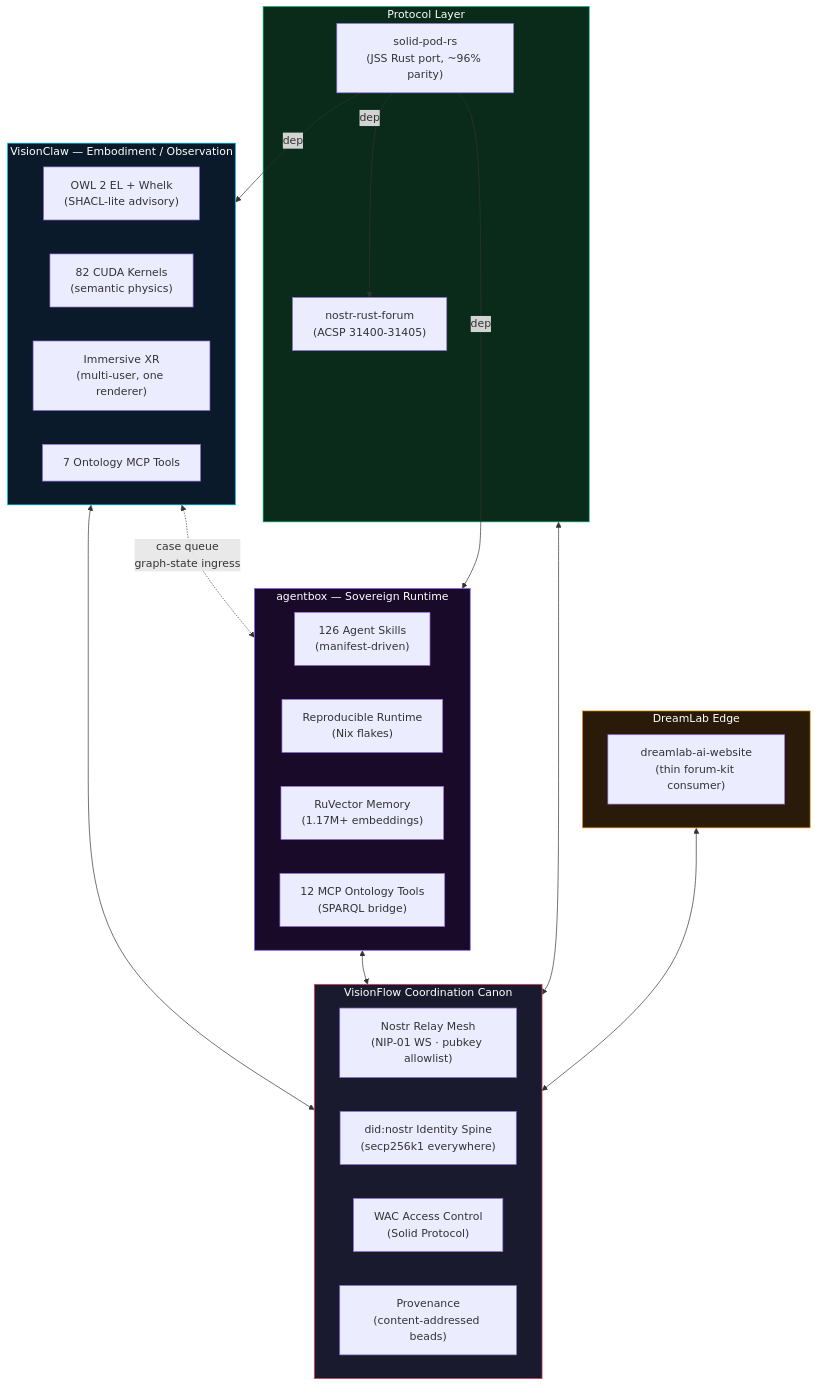
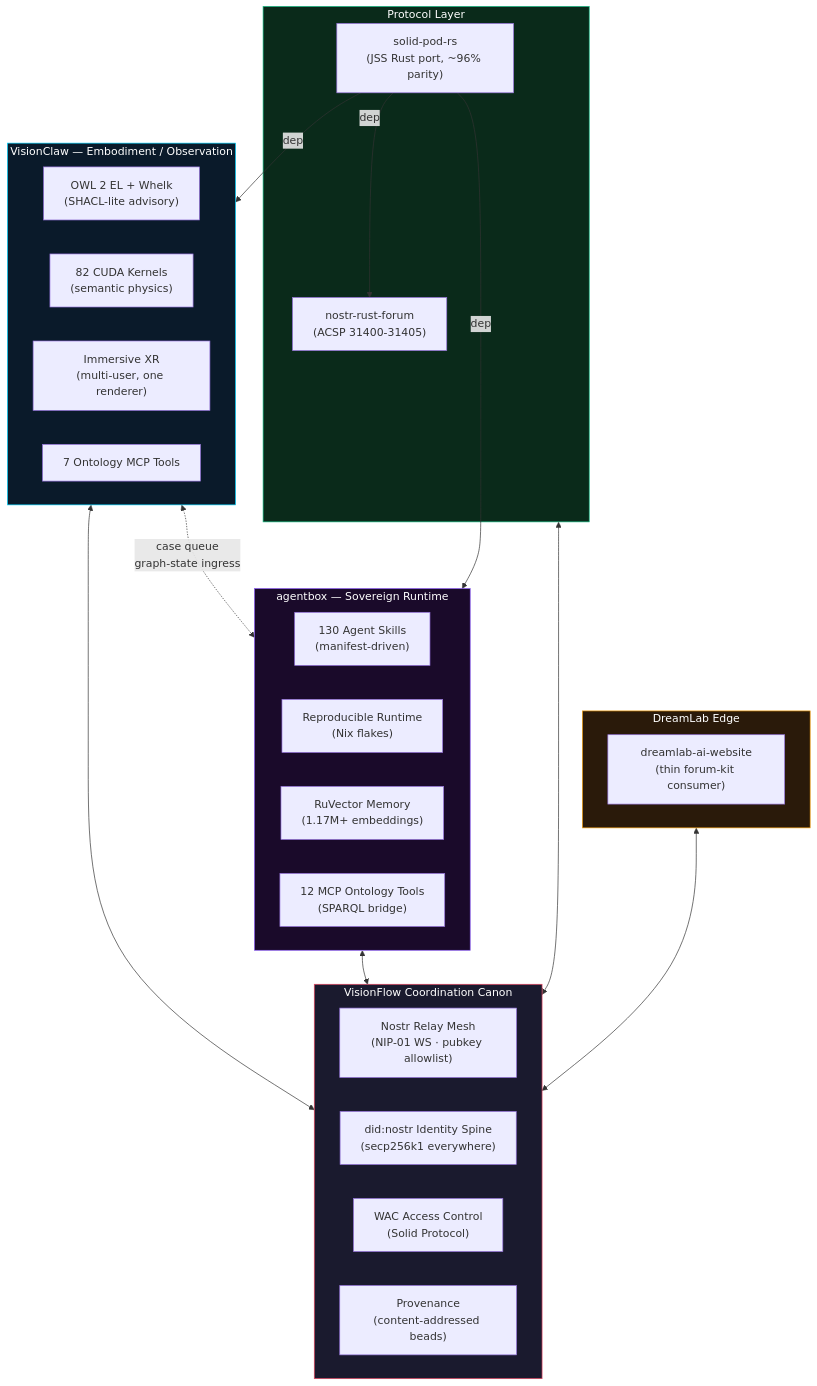
The diagram in README.md (DreamLab-AI/VisionFlow), drawn with Mermaid before and after one commit. The commit also changed other lines of this file and 39 other files, not shown here.

````diff
--- a/README.md
+++ b/README.md
@@ -136,49 +136,49 @@
 ```mermaid
 flowchart TB
     subgraph VF["VisionFlow Coordination Canon"]
         direction LR
         MESH["Nostr Relay Mesh\n(NIP-01 WS · pubkey allowlist)"]
         DID["did:nostr Identity Spine\n(secp256k1 everywhere)"]
         WAC["WAC Access Control\n(Solid Protocol)"]
         PROV["Provenance\n(content-addressed beads)"]
     end
 
     subgraph VC["VisionClaw — Embodiment / Observation"]
         OWL["OWL 2 EL + Whelk\n(SHACL-lite advisory)"]
         GPU["82 CUDA Kernels\n(semantic physics)"]
         XR["Immersive XR\n(multi-user, one renderer)"]
         MCP_VC["7 Ontology MCP Tools"]
     end
 
     subgraph AB["agentbox — Sovereign Runtime"]
-        AGENTS["126 Agent Skills\n(manifest-driven)"]
+        AGENTS["130 Agent Skills\n(manifest-driven)"]
         NIX["Reproducible Runtime\n(Nix flakes)"]
         MEM["RuVector Memory\n(1.17M+ embeddings)"]
         BRIDGE["12 MCP Ontology Tools\n(SPARQL bridge)"]
     end
 
     subgraph PROTO["Protocol Layer"]
         SPR["solid-pod-rs\n(JSS Rust port, ~96% parity)"]
         NRF["nostr-rust-forum\n(ACSP 31400-31405)"]
     end
 
     subgraph EDGE["DreamLab Edge"]
         SITE["dreamlab-ai-website\n(thin forum-kit consumer)"]
     end
 
     VC <--> VF
     AB <--> VF
     PROTO <--> VF
     EDGE <--> VF
 
     VC <-.->|"case queue\ngraph-state ingress"| AB
     SPR -->|"dep"| NRF
     SPR -->|"dep"| AB
     SPR -->|"dep"| VC
 
     style VF fill:#1a1a2e,stroke:#e94560,color:#fff
     style VC fill:#0a1a2a,stroke:#00d4ff,color:#fff
     style AB fill:#1a0a2a,stroke:#8b5cf6,color:#fff
     style PROTO fill:#0a2a1a,stroke:#10b981,color:#fff
     style EDGE fill:#2a1a0a,stroke:#f59e0b,color:#fff
 ```
````
